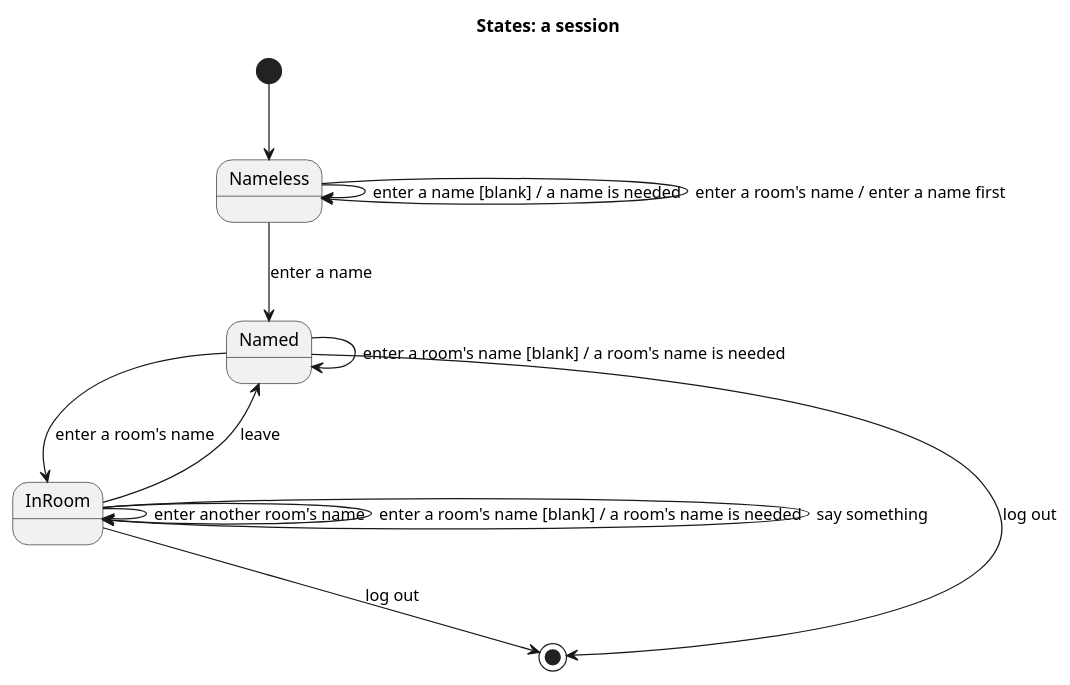
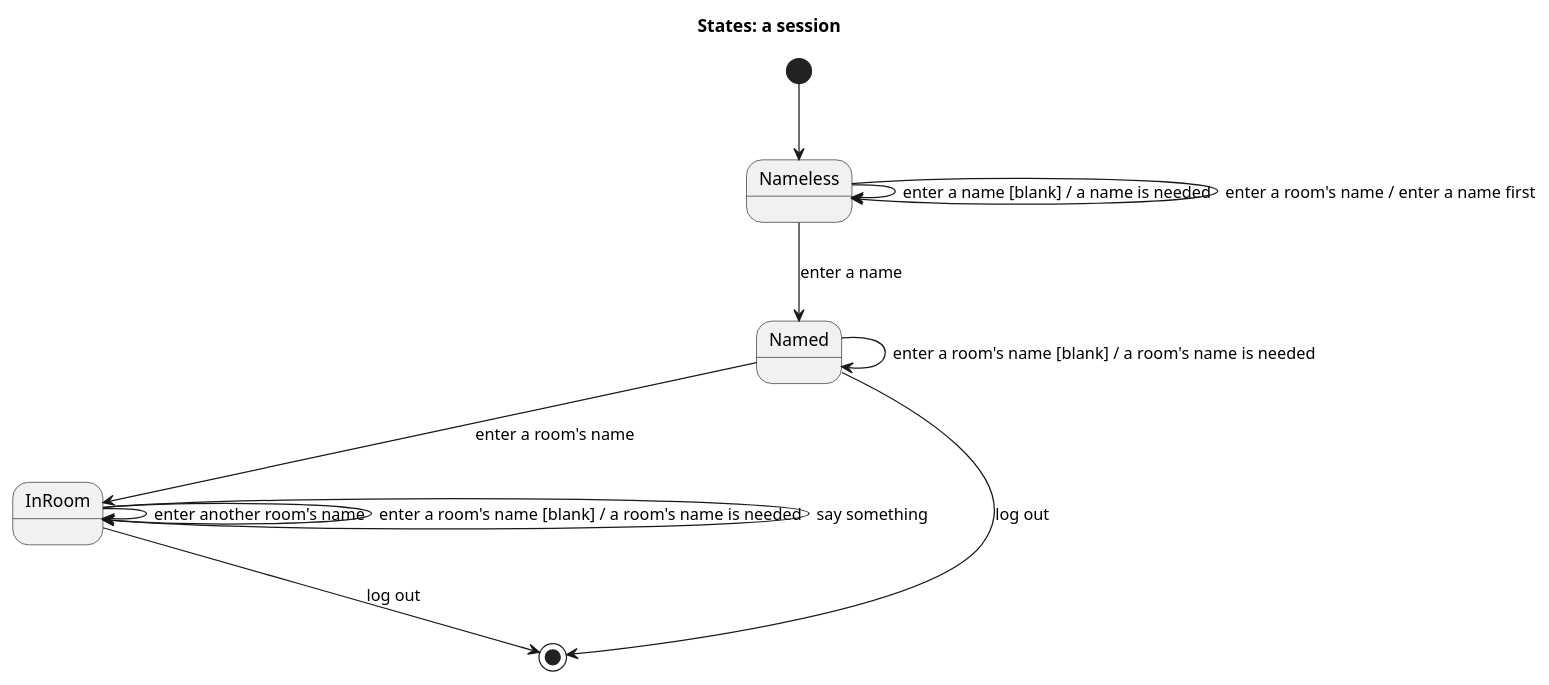
Before and after one commit to blueshed/dzql: the diagram in uml/src/session.puml, drawn with PlantUML. The commit also changed 3 other files, not shown here.

Commit message:
uml: no leaving a room but by entering another, or logging out -- leave() and its use case and transition go

```diff
--- a/uml/src/session.puml
+++ b/uml/src/session.puml
@@ -1,15 +1,14 @@
 @startuml
 title States: a session
 [*] --> Nameless
 Nameless --> Named : enter a name
 Nameless --> Nameless : enter a name [blank] / a name is needed
 Nameless --> Nameless : enter a room's name / enter a name first
 Named --> InRoom : enter a room's name
 Named --> Named : enter a room's name [blank] / a room's name is needed
 InRoom --> InRoom : enter another room's name
 InRoom --> InRoom : enter a room's name [blank] / a room's name is needed
 InRoom --> InRoom : say something
-InRoom --> Named : leave
 Named --> [*] : log out
 InRoom --> [*] : log out
 @enduml
```
